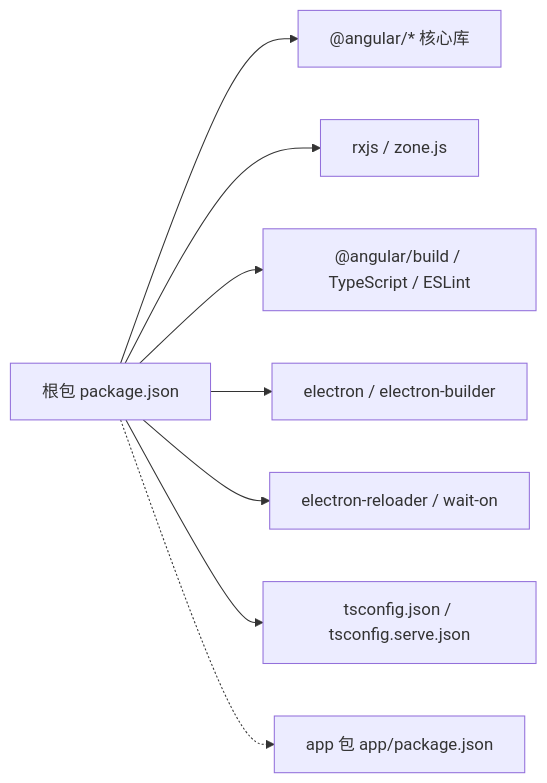
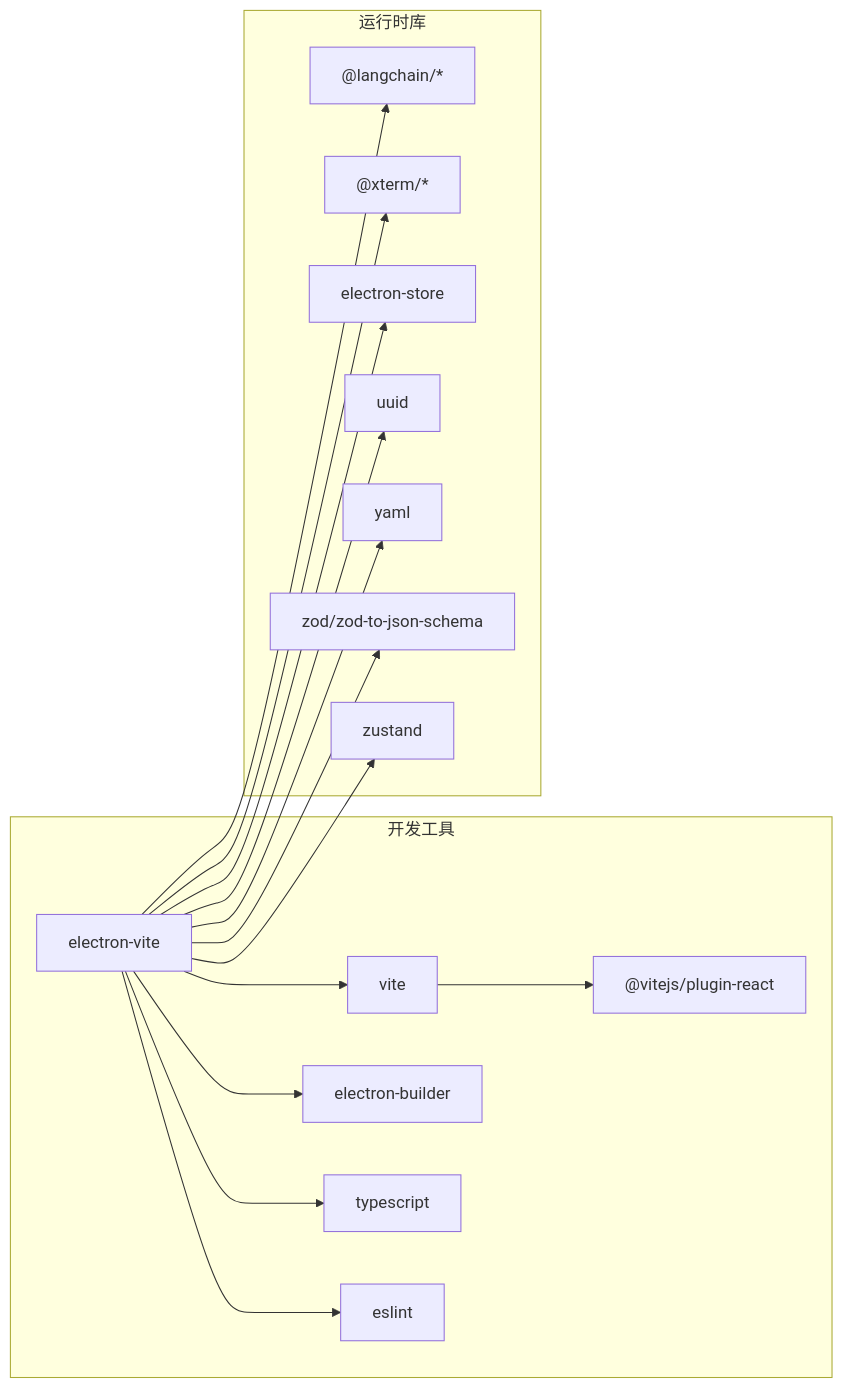
Before and after one commit to haolange/RDC-Agent: the seventh of 7 diagrams in .qoder/repowiki/zh/content/快速开始.md, drawn with Mermaid. The commit also changed other lines of this file and 5 other files, not shown here.

````diff
--- a/.qoder/repowiki/zh/content/快速开始.md
+++ b/.qoder/repowiki/zh/content/快速开始.md
@@ -255,18 +291,32 @@
 ```mermaid
 graph LR
-Root["根包 package.json"]
-App["app 包 app/package.json"]
-Ng["@angular/* 核心库"]
-Rx["rxjs / zone.js"]
-Dev["@angular/build / TypeScript / ESLint"]
-EBTool["electron / electron-builder"]
-Serve["electron-reloader / wait-on"]
-TSC["tsconfig.json / tsconfig.serve.json"]
-Root --> Ng
-Root --> Rx
-Root --> Dev
-Root --> EBTool
-Root --> Serve
-Root --> TSC
-Root -.-> App
+subgraph "开发工具"
+EV["electron-vite"]
+V["vite"]
+R["@vitejs/plugin-react"]
+EB["electron-builder"]
+TS["typescript"]
+ESL["eslint"]
+end
+subgraph "运行时库"
+LC["@langchain/*"]
+XT["@xterm/*"]
+ES["electron-store"]
+U["uuid"]
+Y["yaml"]
+Z["zod/zod-to-json-schema"]
+ZS["zustand"]
+end
+EV --> V
+V --> R
+EV --> EB
+EV --> TS
+EV --> ESL
+EV --> LC
+EV --> XT
+EV --> ES
+EV --> U
+EV --> Y
+EV --> Z
+EV --> ZS
 ```
````
